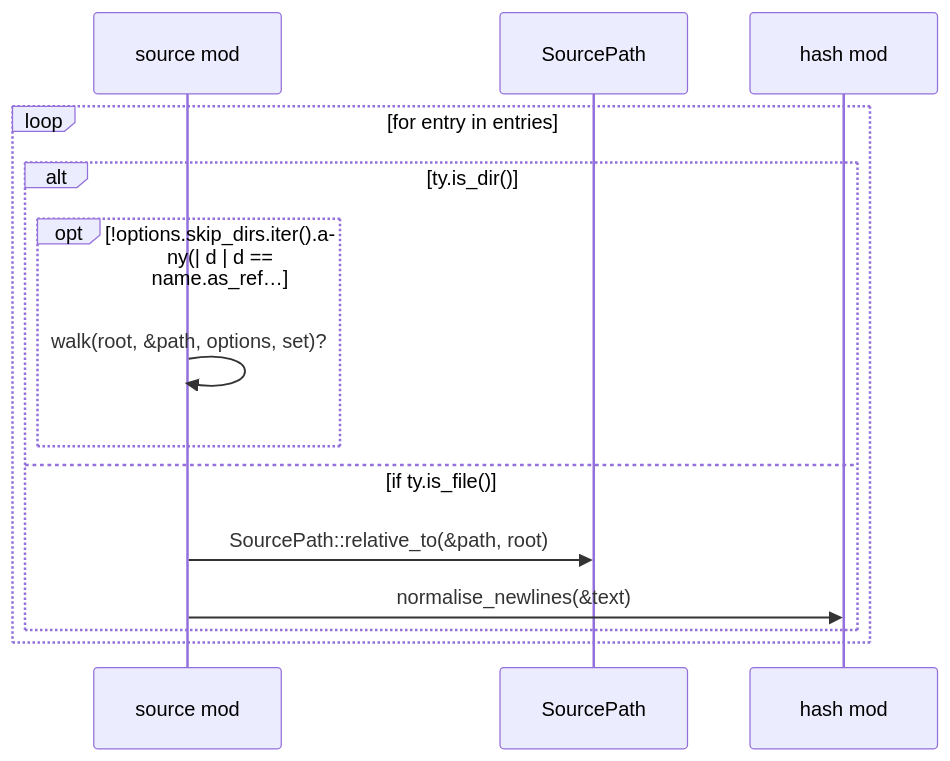
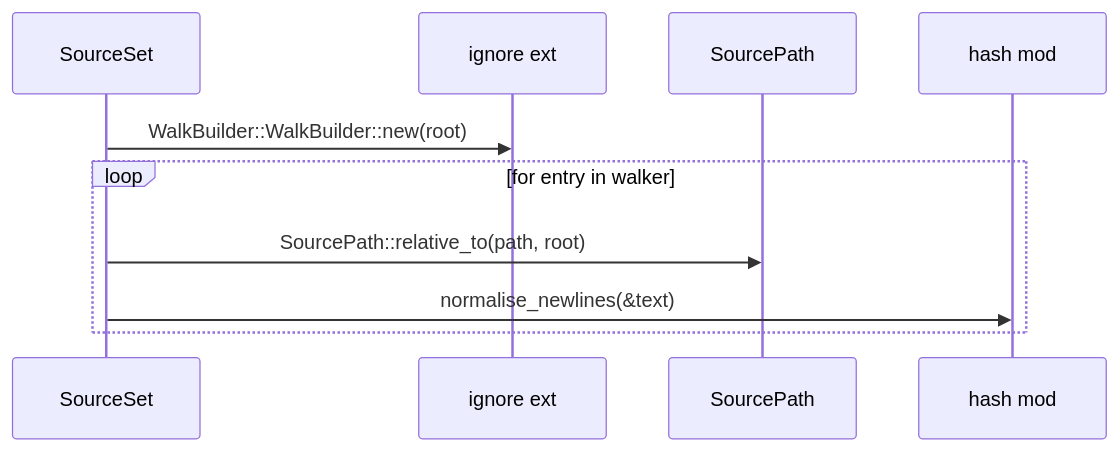
Before and after one commit to DreamLab-AI/codemaid: the fifth of 5 diagrams in docs/codemaid/crates/codemaid-model/src/source.rs.md, drawn with Mermaid. The commit also changed other lines of this file and 29 other files, not shown here.

````diff
--- a/docs/codemaid/crates/codemaid-model/src/source.rs.md
+++ b/docs/codemaid/crates/codemaid-model/src/source.rs.md
@@ -120,16 +106,12 @@
 ```mermaid
 sequenceDiagram
-  participant codemaid_model__source as source mod
+  participant codemaid_model__source__SourceSet as SourceSet
+  participant ignore as ignore ext
   participant codemaid_model__path__SourcePath as SourcePath
   participant codemaid_model__hash as hash mod
-  loop for entry in entries
-    alt ty.is_dir()
-      opt !options.skip_dirs.iter().any(| d | d == name.as_ref…
-        codemaid_model__source->>codemaid_model__source: walk(root, &path, options, set)?
-      end
-    else if ty.is_file()
-      codemaid_model__source->>codemaid_model__path__SourcePath: SourcePath::relative_to(&path, root)
-      codemaid_model__source->>codemaid_model__hash: normalise_newlines(&text)
-    end
+  codemaid_model__source__SourceSet->>ignore: WalkBuilder::WalkBuilder::new(root)
+  loop for entry in walker
+    codemaid_model__source__SourceSet->>codemaid_model__path__SourcePath: SourcePath::relative_to(path, root)
+    codemaid_model__source__SourceSet->>codemaid_model__hash: normalise_newlines(&text)
   end
 ```
````
